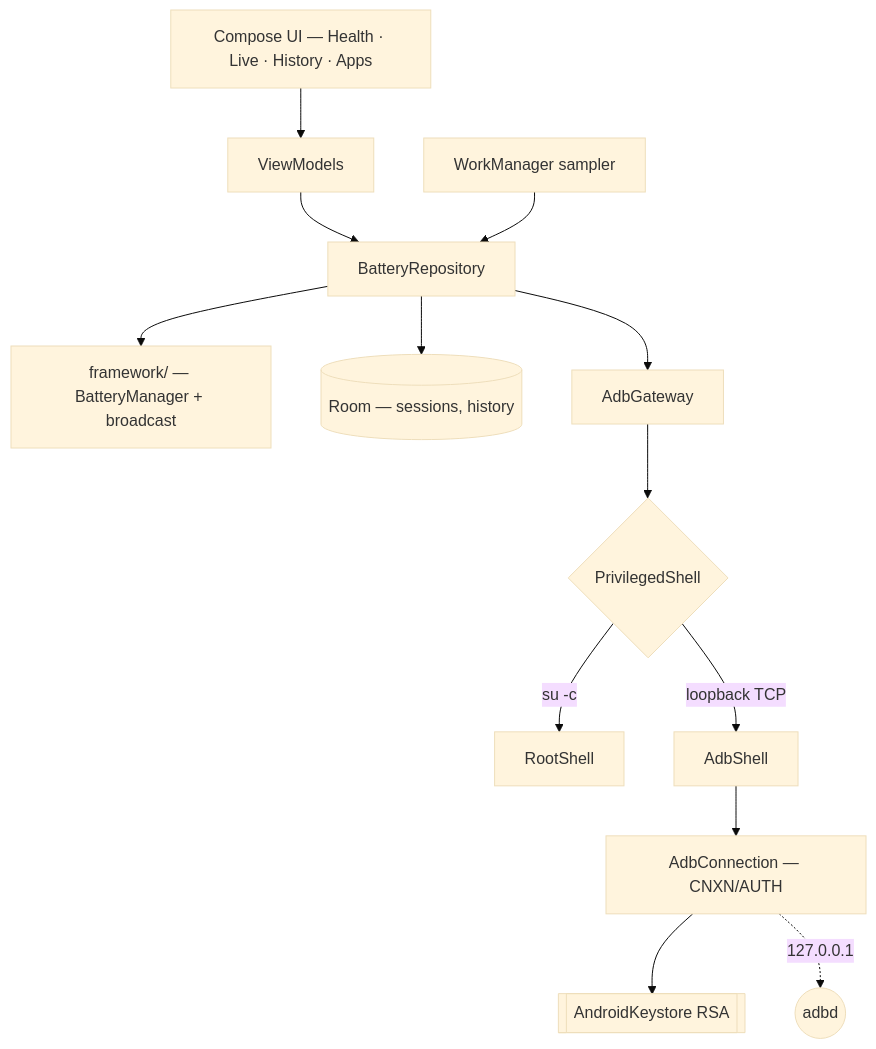
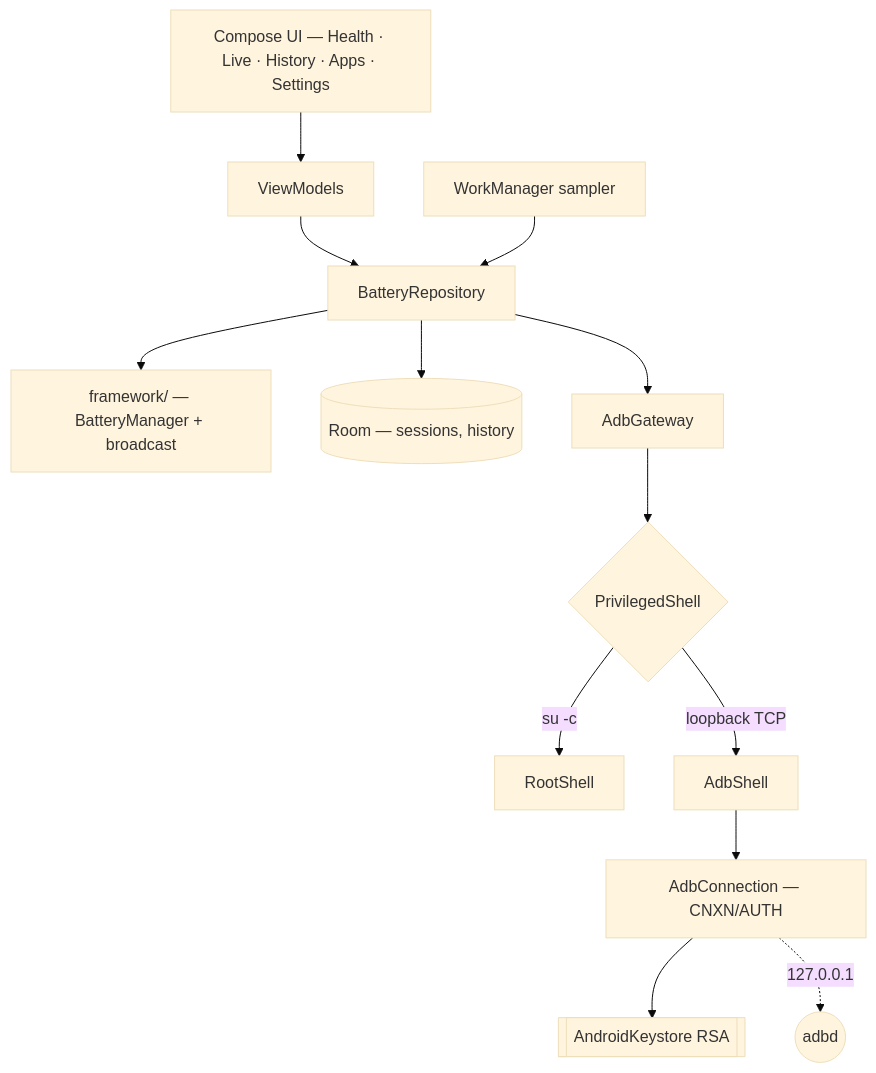
Before and after one commit to mralaminahamed/battery-health: the diagram in README.md, drawn with Mermaid (base theme). The commit also changed other lines of this file, not shown here.

First line of the commit message:
Reflect the Settings screen and wider table in the README

````diff
--- a/README.md
+++ b/README.md
@@ -98,15 +99,15 @@
 ```mermaid
 flowchart TD
-  ui["Compose UI — Health · Live · History · Apps"] --> vm["ViewModels"]
+  ui["Compose UI — Health · Live · History · Apps · Settings"] --> vm["ViewModels"]
   vm --> repo["BatteryRepository"]
   repo --> fw["framework/ — BatteryManager + broadcast"]
   repo --> room[("Room — sessions, history")]
   repo --> priv["AdbGateway"]
   priv --> shell{"PrivilegedShell"}
   shell -->|"su -c"| root["RootShell"]
   shell -->|"loopback TCP"| adb["AdbShell"]
   adb --> conn["AdbConnection — CNXN/AUTH"]
   conn --> keystore[["AndroidKeystore RSA"]]
   conn -.->|"127.0.0.1"| adbd(("adbd"))
   work["WorkManager sampler"] --> repo
 ```
````
